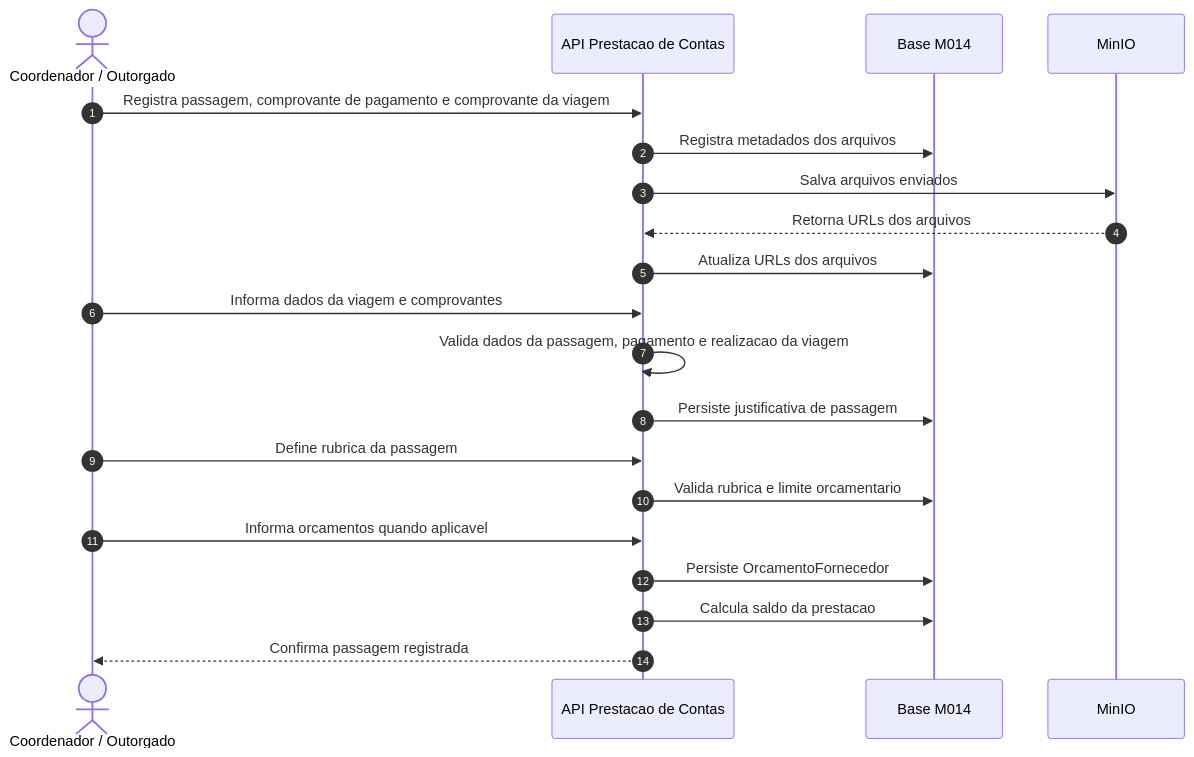
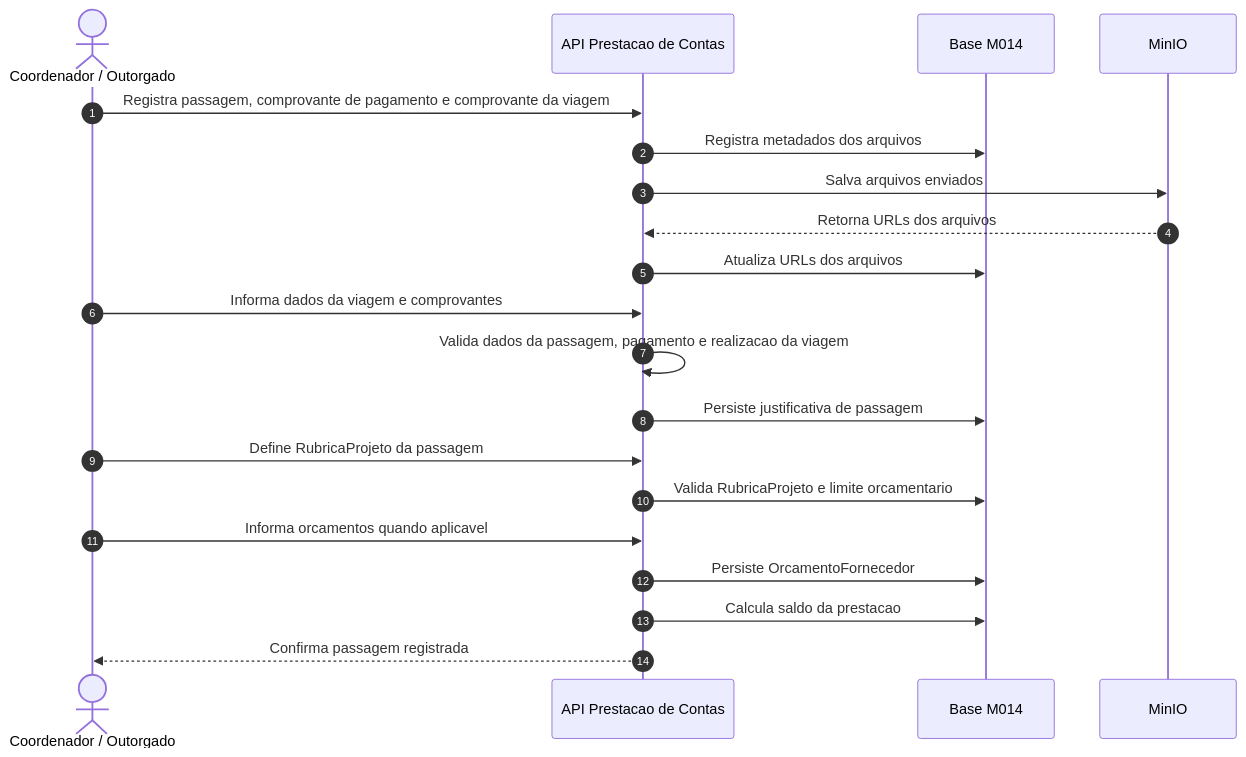
The ninth of 11 diagrams in docs/implementation/modules/M014-prestacao-contas/processo.md (Czzped/conecta-fapes-teste), drawn with Mermaid before and after one commit. The commit also changed other lines of this file and 102 other files, not shown here.

````diff
--- a/docs/implementation/modules/M014-prestacao-contas/processo.md
+++ b/docs/implementation/modules/M014-prestacao-contas/processo.md
@@ -338,23 +340,23 @@
 ```mermaid
 sequenceDiagram
     autonumber
     actor Coord as Coordenador / Outorgado
     participant API as API Prestacao de Contas
     participant DB as Base M014
     participant MinIO as MinIO
 
     Coord->>API: Registra passagem, comprovante de pagamento e comprovante da viagem
     API->>DB: Registra metadados dos arquivos
     API->>MinIO: Salva arquivos enviados
     MinIO-->>API: Retorna URLs dos arquivos
     API->>DB: Atualiza URLs dos arquivos
     Coord->>API: Informa dados da viagem e comprovantes
     API->>API: Valida dados da passagem, pagamento e realizacao da viagem
     API->>DB: Persiste justificativa de passagem
-    Coord->>API: Define rubrica da passagem
-    API->>DB: Valida rubrica e limite orcamentario
+    Coord->>API: Define RubricaProjeto da passagem
+    API->>DB: Valida RubricaProjeto e limite orcamentario
     Coord->>API: Informa orcamentos quando aplicavel
     API->>DB: Persiste OrcamentoFornecedor
     API->>DB: Calcula saldo da prestacao
     API-->>Coord: Confirma passagem registrada
 ```
````
